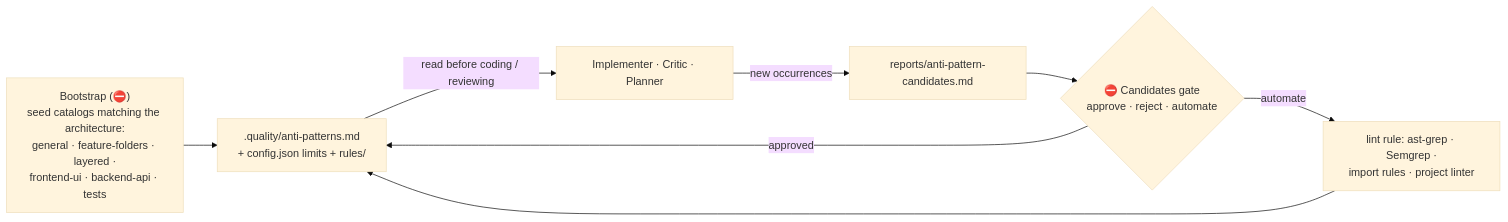
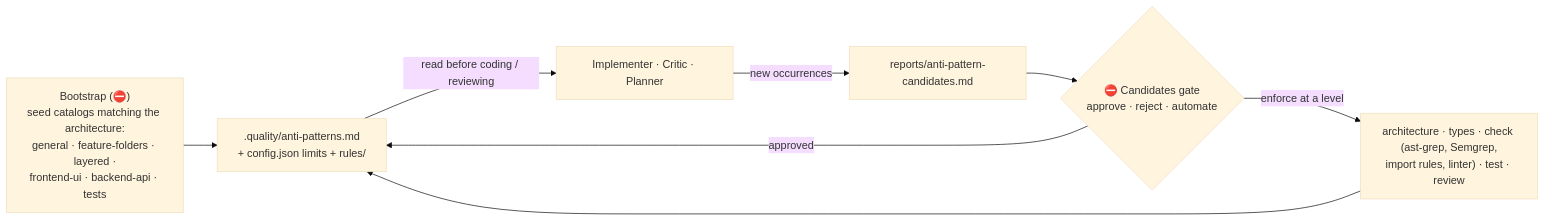
One commit to mariopedemonte12/claude-feature-workflow changed the ninth of 12 diagrams in docs/architecture.md. Above: the diagram before and after it, drawn with Mermaid (base theme). The commit also changed other lines of this file and 14 other files, not shown here.

````diff
--- a/docs/architecture.md
+++ b/docs/architecture.md
@@ -294,10 +297,10 @@
 ```mermaid
 flowchart LR
     B["Bootstrap (⛔)<br/>seed catalogs matching the architecture:<br/>general · feature-folders · layered ·<br/>frontend-ui · backend-api · tests"] --> REG[".quality/anti-patterns.md<br/>+ config.json limits + rules/"]
     REG -->|"read before coding / reviewing"| IMP["Implementer · Critic · Planner"]
     IMP -->|"new occurrences"| CAND["reports/anti-pattern-candidates.md"]
     CAND --> GATE{"⛔ Candidates gate<br/>approve · reject · automate"}
     GATE -->|"approved"| REG
-    GATE -->|"automate"| RULE["lint rule: ast-grep · Semgrep ·<br/>import rules · project linter"]
+    GATE -->|"enforce at a level"| RULE["architecture · types · check (ast-grep, Semgrep,<br/>import rules, linter) · test · review"]
     RULE --> REG
 ```
````
